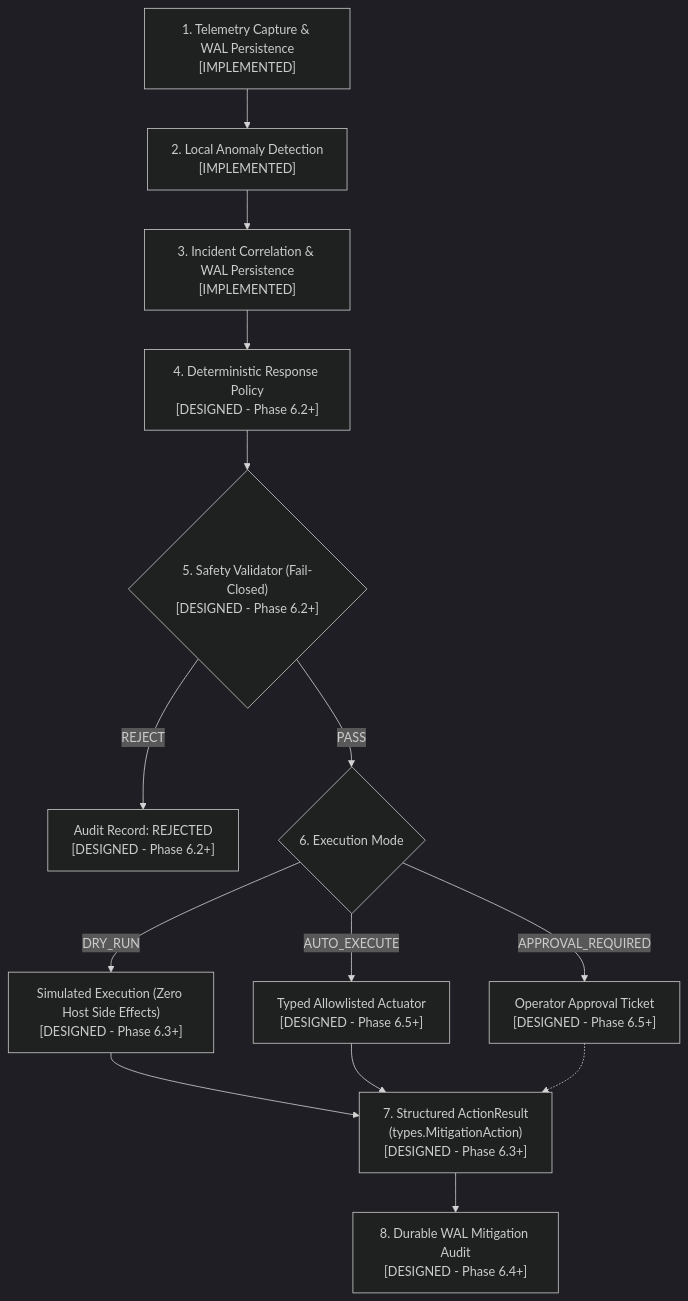
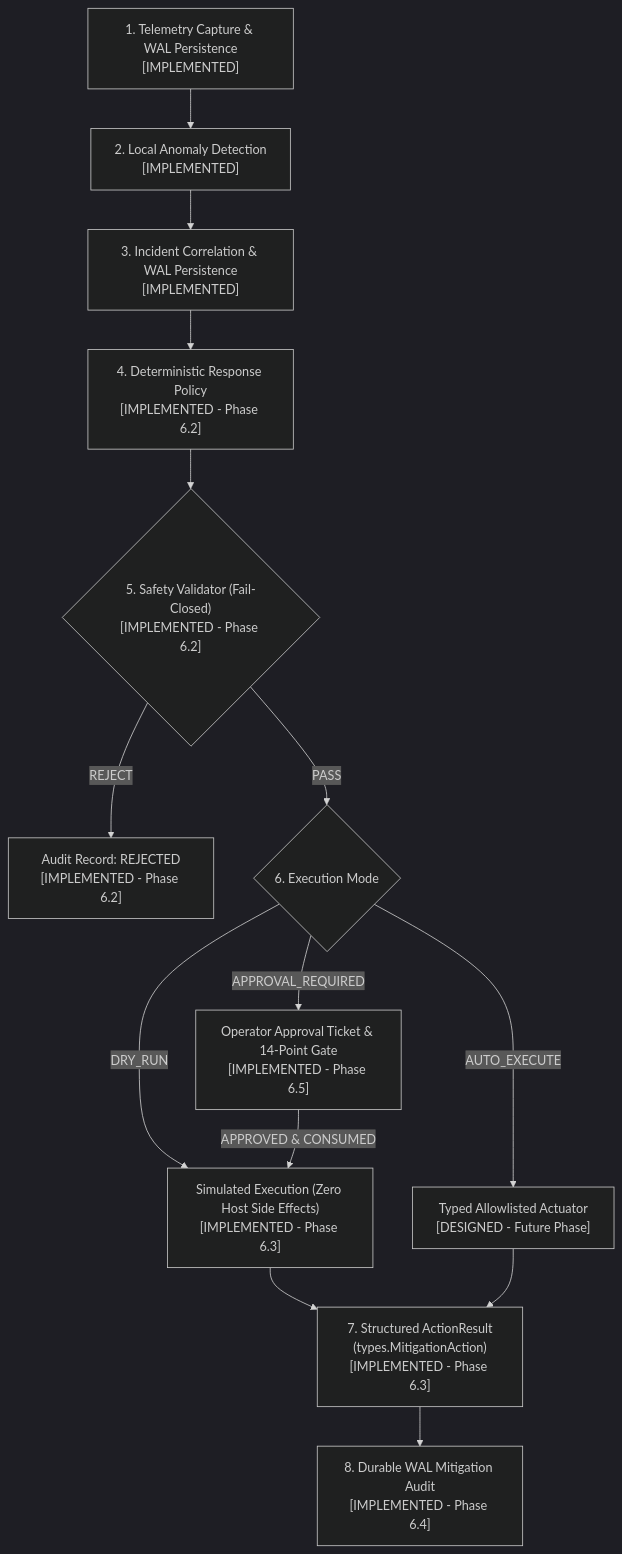
Diagram 12 of 13 in docs/architecture/overview.md (Chamalka-heshi/AegisEdge), drawn with Mermaid (dark theme) before and after one commit. The commit also changed other lines of this file, not shown here.

Commit message:
docs: refine architecture overview documentation

````diff
--- a/docs/architecture/overview.md
+++ b/docs/architecture/overview.md
@@ -439,20 +438,20 @@
 ```mermaid
 flowchart TD
     TEL["1. Telemetry Capture & WAL Persistence\n[IMPLEMENTED]"] --> DET["2. Local Anomaly Detection\n[IMPLEMENTED]"]
     DET --> INC["3. Incident Correlation & WAL Persistence\n[IMPLEMENTED]"]
-    INC --> POL["4. Deterministic Response Policy\n[DESIGNED - Phase 6.2+]"]
-    POL --> VAL{"5. Safety Validator (Fail-Closed)\n[DESIGNED - Phase 6.2+]"}
+    INC --> POL["4. Deterministic Response Policy\n[IMPLEMENTED - Phase 6.2]"]
+    POL --> VAL{"5. Safety Validator (Fail-Closed)\n[IMPLEMENTED - Phase 6.2]"}
 
-    VAL -- "REJECT" --> AUD_REJ["Audit Record: REJECTED\n[DESIGNED - Phase 6.2+]"]
+    VAL -- "REJECT" --> AUD_REJ["Audit Record: REJECTED\n[IMPLEMENTED - Phase 6.2]"]
     VAL -- "PASS" --> MODE{"6. Execution Mode"}
 
-    MODE -- "DRY_RUN" --> SIM["Simulated Execution (Zero Host Side Effects)\n[DESIGNED - Phase 6.3+]"]
-    MODE -- "AUTO_EXECUTE" --> EXEC["Typed Allowlisted Actuator\n[DESIGNED - Phase 6.5+]"]
-    MODE -- "APPROVAL_REQUIRED" --> QUEUE["Operator Approval Ticket\n[DESIGNED - Phase 6.5+]"]
+    MODE -- "DRY_RUN" --> SIM["Simulated Execution (Zero Host Side Effects)\n[IMPLEMENTED - Phase 6.3]"]
+    MODE -- "AUTO_EXECUTE" --> EXEC["Typed Allowlisted Actuator\n[DESIGNED - Future Phase]"]
+    MODE -- "APPROVAL_REQUIRED" --> QUEUE["Operator Approval Ticket & 14-Point Gate\n[IMPLEMENTED - Phase 6.5]"]
 
-    SIM --> RES["7. Structured ActionResult\n(types.MitigationAction)\n[DESIGNED - Phase 6.3+]"]
+    QUEUE -- "APPROVED & CONSUMED" --> SIM
+    SIM --> RES["7. Structured ActionResult\n(types.MitigationAction)\n[IMPLEMENTED - Phase 6.3]"]
     EXEC --> RES
-    QUEUE -.-> RES
 
-    RES --> AUD["8. Durable WAL Mitigation Audit\n[DESIGNED - Phase 6.4+]"]
+    RES --> AUD["8. Durable WAL Mitigation Audit\n[IMPLEMENTED - Phase 6.4]"]
 ```
````
